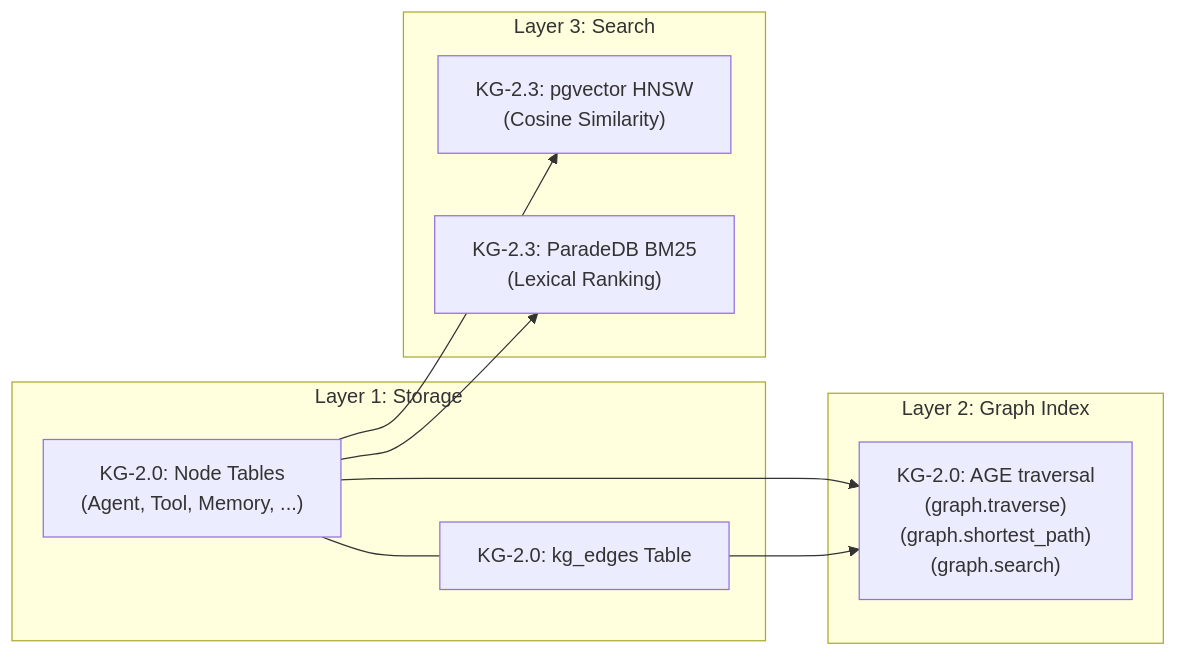
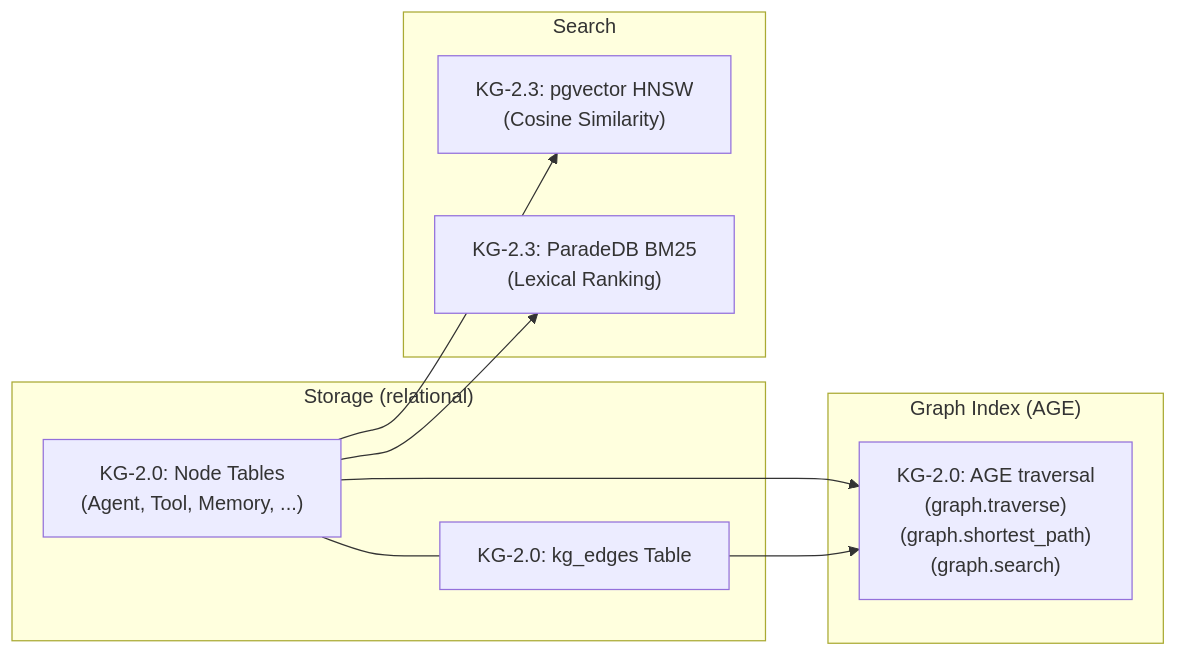
One commit to Knuckles-Team/agent-utilities changed the second of 2 diagrams in docs/architecture/graph_backends_architecture.md. Above: the diagram before and after it, drawn with Mermaid. The commit also changed other lines of this file and 59 other files, not shown here.

````diff
--- a/docs/architecture/graph_backends_architecture.md
+++ b/docs/architecture/graph_backends_architecture.md
@@ -113,20 +111,20 @@
 ```mermaid
 graph LR
-    subgraph "Layer 1: Storage"
+    subgraph "Storage (relational)"
         A["KG-2.0: Node Tables\n(Agent, Tool, Memory, ...)"] --- B["KG-2.0: kg_edges Table"]
     end
 
-    subgraph "Layer 2: Graph Index"
+    subgraph "Graph Index (AGE)"
         C["KG-2.0: AGE traversal\n(graph.traverse)\n(graph.shortest_path)\n(graph.search)"]
     end
 
-    subgraph "Layer 3: Search"
+    subgraph "Search"
         D["KG-2.3: pgvector HNSW\n(Cosine Similarity)"]
         E["KG-2.3: ParadeDB BM25\n(Lexical Ranking)"]
     end
 
     A --> C
     B --> C
     A --> D
     A --> E
 ```
````
